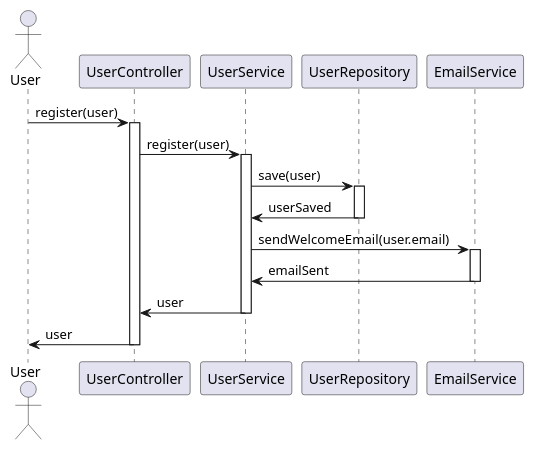
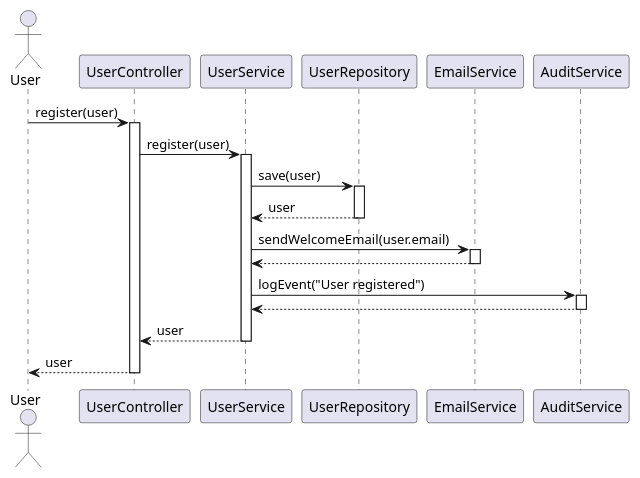
One commit to Dinesh-s95/AutoDoc.ai changed the first of 6 diagrams in identityprovider/documentation/detaileddesign.adoc. Above: the diagram before and after it, drawn with PlantUML. The commit also changed other lines of this file and 19 other files, not shown here.

```diff
--- a/identityprovider/documentation/detaileddesign.adoc
+++ b/identityprovider/documentation/detaileddesign.adoc
@@ -262,27 +259,38 @@
 [plantuml, user-registration-sequence, png]
 ----
 @startuml
 actor User
 participant UserController
 participant UserService
 participant UserRepository
 participant EmailService
+participant AuditService
 
 User -> UserController : register(user)
 activate UserController
+
 UserController -> UserService : register(user)
 activate UserService
+
 UserService -> UserRepository : save(user)
 activate UserRepository
-UserRepository -> UserService : userSaved
+UserRepository --> UserService : user
 deactivate UserRepository
+
 UserService -> EmailService : sendWelcomeEmail(user.email)
 activate EmailService
-EmailService -> UserService : emailSent
+EmailService --> UserService
 deactivate EmailService
-UserService -> UserController : user
+
+UserService -> AuditService : logEvent("User registered")
+activate AuditService
+AuditService --> UserService
+deactivate AuditService
+
+UserService --> UserController : user
 deactivate UserService
-UserController -> User : user
+
+UserController --> User : user
 deactivate UserController
 @enduml
 ----
```
